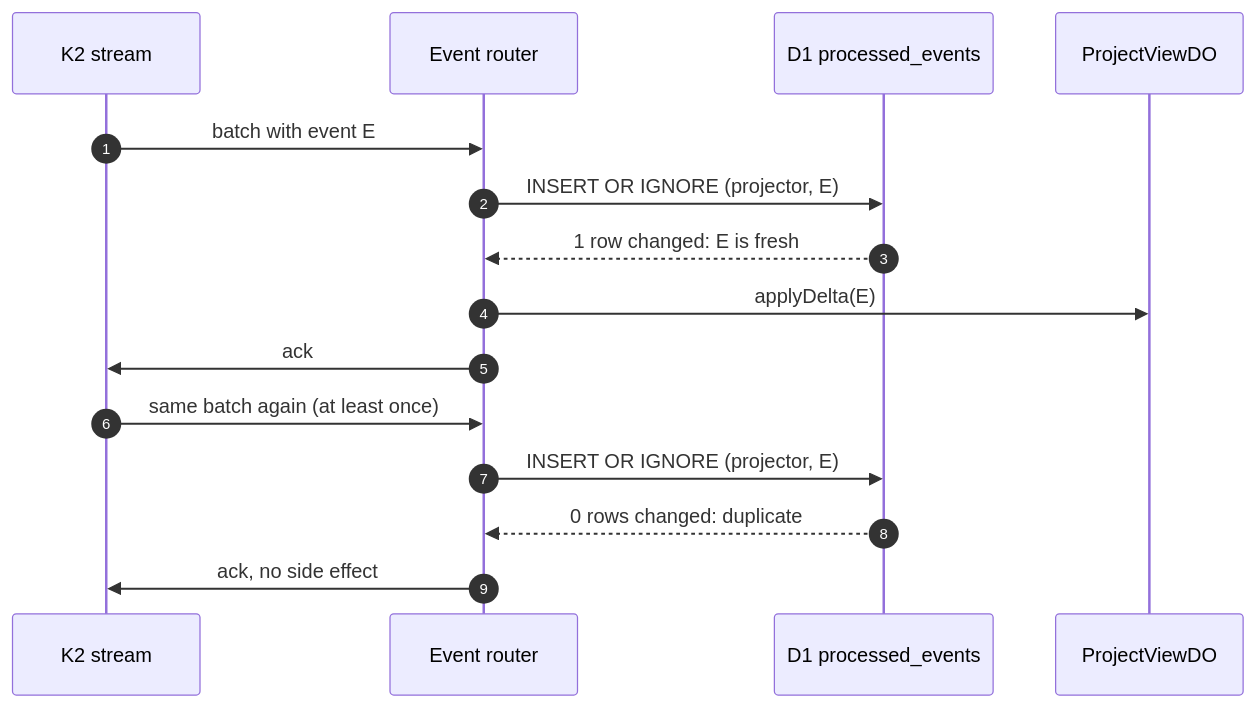
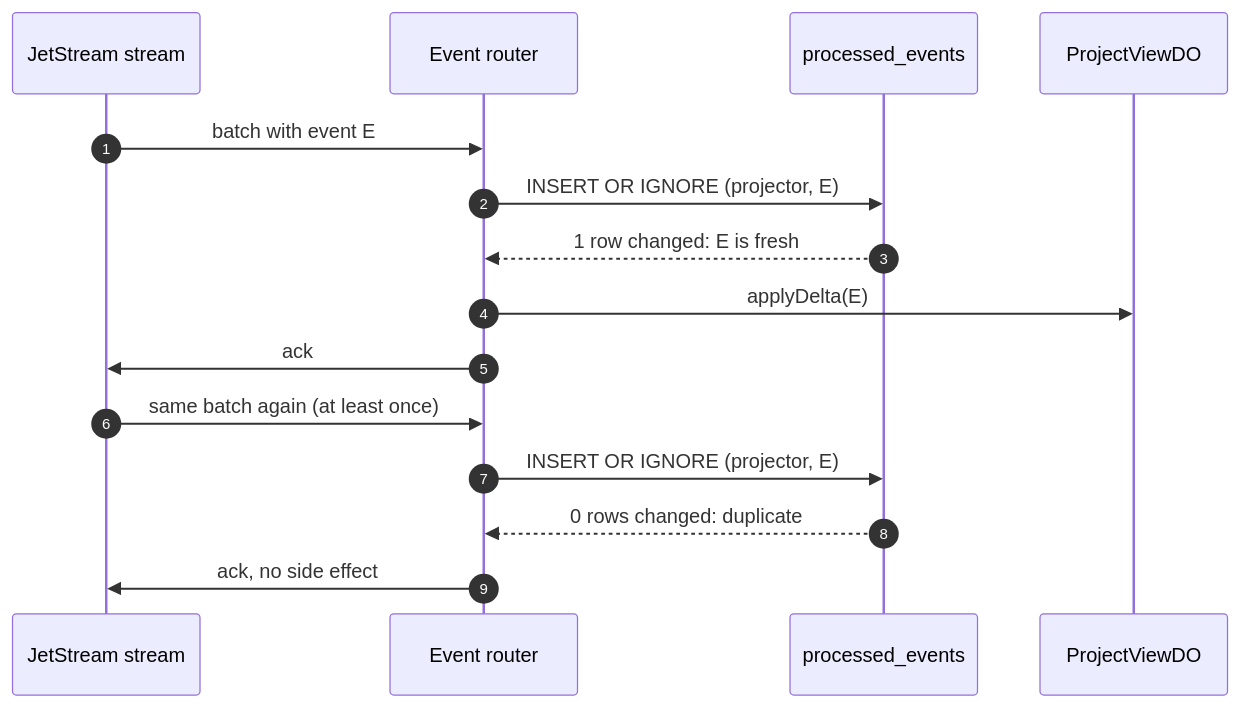
The seventh of 7 diagrams in docs/architecture/events-and-commands.md (nsudhanva/rhumbatron), drawn with Mermaid before and after one commit. The commit also changed other lines of this file and 322 other files, not shown here.

````diff
--- a/docs/architecture/events-and-commands.md
+++ b/docs/architecture/events-and-commands.md
@@ -273,18 +285,18 @@
 ```mermaid
 sequenceDiagram
   autonumber
-  participant K2 as K2 stream
+  participant JS as JetStream stream
   participant ER as Event router
-  participant D1 as D1 processed_events
+  participant DB as processed_events
   participant PV as ProjectViewDO
 
-  K2->>ER: batch with event E
-  ER->>D1: INSERT OR IGNORE (projector, E)
-  D1-->>ER: 1 row changed: E is fresh
+  JS->>ER: batch with event E
+  ER->>DB: INSERT OR IGNORE (projector, E)
+  DB-->>ER: 1 row changed: E is fresh
   ER->>PV: applyDelta(E)
-  ER->>K2: ack
-  K2->>ER: same batch again (at least once)
-  ER->>D1: INSERT OR IGNORE (projector, E)
-  D1-->>ER: 0 rows changed: duplicate
-  ER->>K2: ack, no side effect
+  ER->>JS: ack
+  JS->>ER: same batch again (at least once)
+  ER->>DB: INSERT OR IGNORE (projector, E)
+  DB-->>ER: 0 rows changed: duplicate
+  ER->>JS: ack, no side effect
 ```
````
